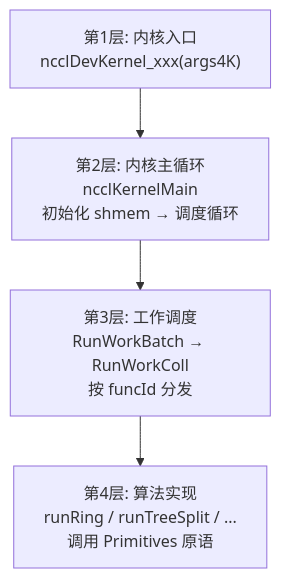
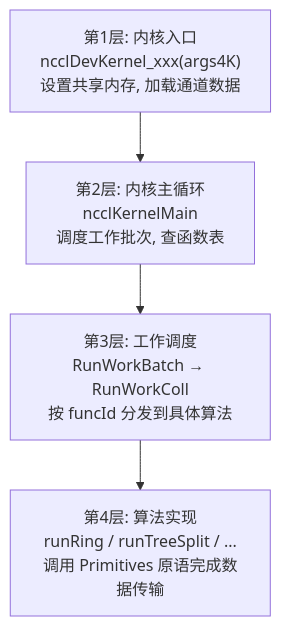
Before and after one commit to s0okiym/share: the first of 10 diagrams in dd_nccl_glm5.1/07-device-kernel.md, drawn with Mermaid. The commit also changed other lines of this file and 19 other files, not shown here.

````diff
--- a/dd_nccl_glm5.1/07-device-kernel.md
+++ b/dd_nccl_glm5.1/07-device-kernel.md
@@ -9,9 +9,9 @@
 ```mermaid
 flowchart TD
-    L1["第1层: 内核入口\nncclDevKernel_xxx(args4K)"]
-    L2["第2层: 内核主循环\nncclKernelMain\n初始化 shmem → 调度循环"]
-    L3["第3层: 工作调度\nRunWorkBatch → RunWorkColl\n按 funcId 分发"]
-    L4["第4层: 算法实现\nrunRing / runTreeSplit / ...\n调用 Primitives 原语"]
+    L1["第1层: 内核入口\nncclDevKernel_xxx(args4K)\n设置共享内存, 加载通道数据"]
+    L2["第2层: 内核主循环\nncclKernelMain\n调度工作批次, 查函数表"]
+    L3["第3层: 工作调度\nRunWorkBatch → RunWorkColl\n按 funcId 分发到具体算法"]
+    L4["第4层: 算法实现\nrunRing / runTreeSplit / ...\n调用 Primitives 原语完成数据传输"]
 
     L1 --> L2 --> L3 --> L4
 ```
````
